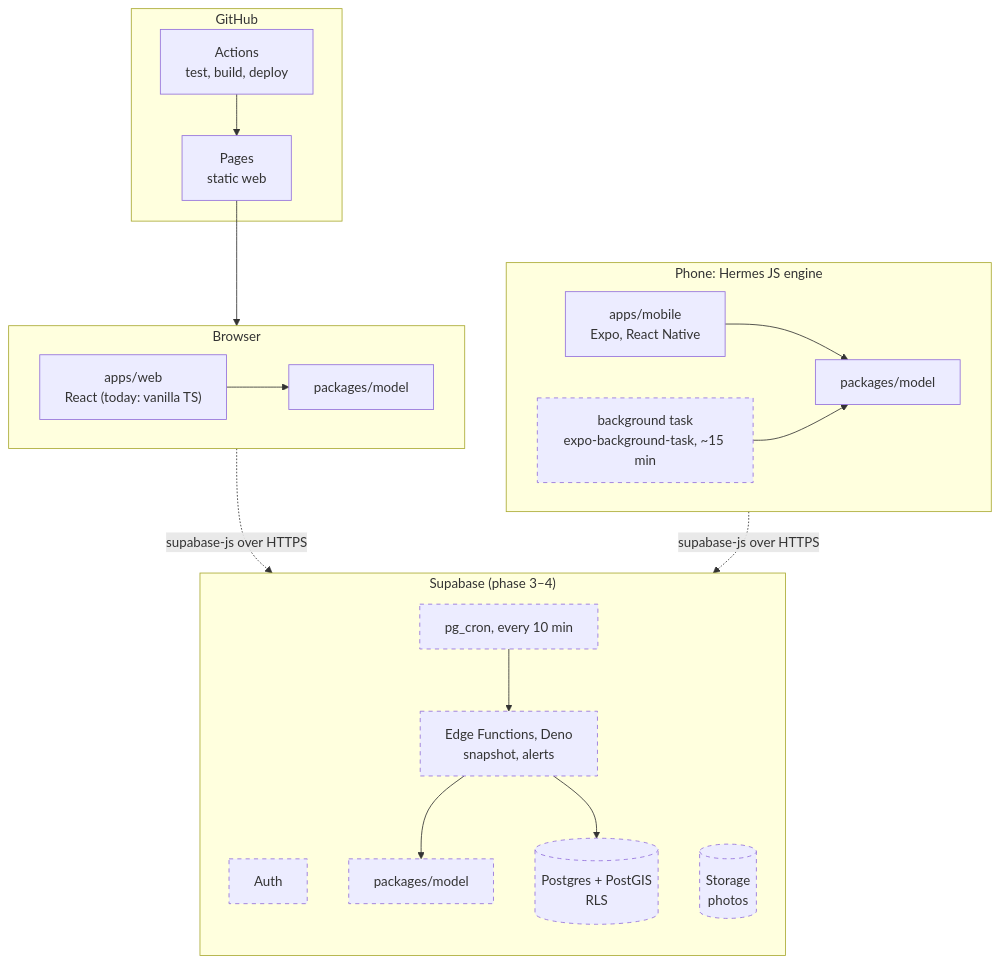
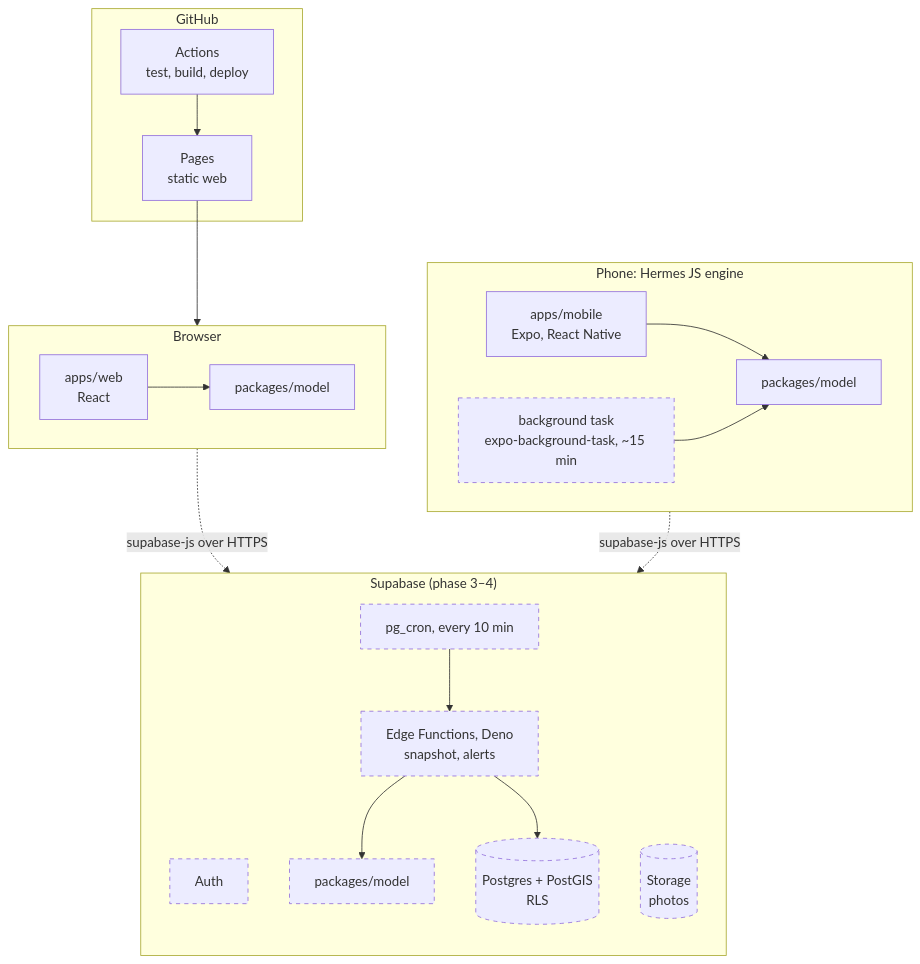
Before and after one commit to Tang3n/aurora-tonight: the diagram in docs/diagrams/02-runtimes.md, drawn with Mermaid. The commit also changed 30 other files, not shown here.

First line of the commit message:
Web in React with shared packages/core (hooks, TanStack Query, view model, i18n)

````diff
--- a/docs/diagrams/02-runtimes.md
+++ b/docs/diagrams/02-runtimes.md
@@ -8,39 +8,39 @@
 ```mermaid
 flowchart TB
     subgraph browser["Browser"]
-        webapp["apps/web<br/>React (today: vanilla TS)"]
+        webapp["apps/web<br/>React"]
         m1["packages/model"]
         webapp --> m1
     end
 
     subgraph phone["Phone: Hermes JS engine"]
         mobile["apps/mobile<br/>Expo, React Native"]
         bg["background task<br/>expo-background-task, ~15 min"]:::planned
         m2["packages/model"]
         mobile --> m2
         bg --> m2
     end
 
     subgraph supa["Supabase (phase 3–4)"]
         direction TB
         auth["Auth"]:::planned
         db[("Postgres + PostGIS<br/>RLS")]:::planned
         store[("Storage<br/>photos")]:::planned
         fn["Edge Functions, Deno<br/>snapshot, alerts"]:::planned
         cron["pg_cron, every 10 min"]:::planned
         m3["packages/model"]:::planned
         cron --> fn --> m3
         fn --> db
     end
 
     subgraph gh["GitHub"]
         pages["Pages<br/>static web"]
         actions["Actions<br/>test, build, deploy"]
     end
 
     actions --> pages --> browser
     browser -. "supabase-js over HTTPS" .-> supa
     phone -. "supabase-js over HTTPS" .-> supa
 
     classDef planned stroke-dasharray: 5 5
 ```
````
